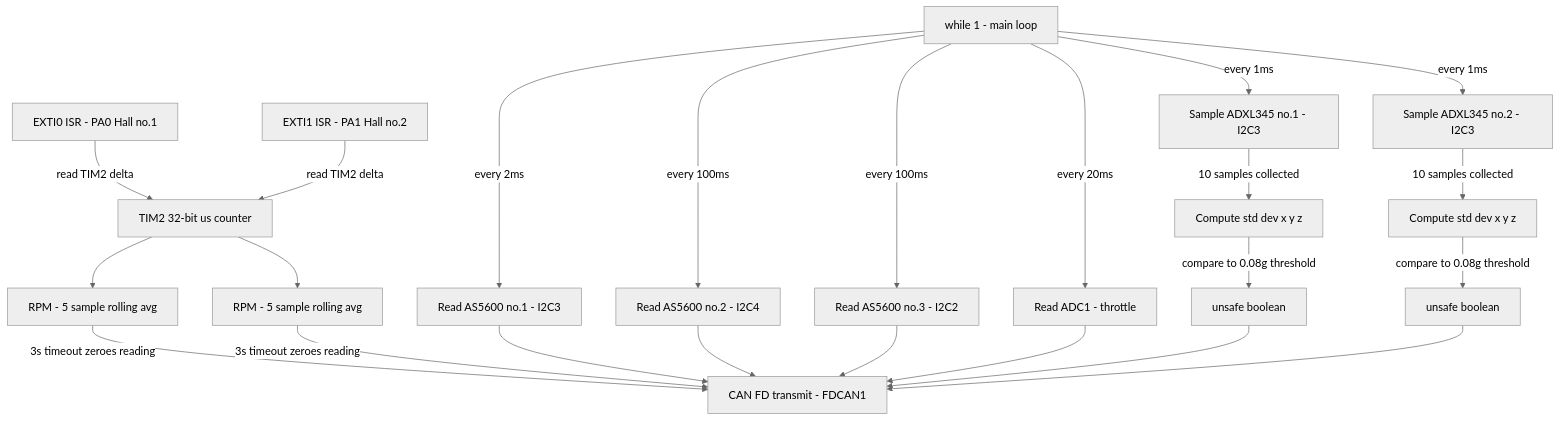
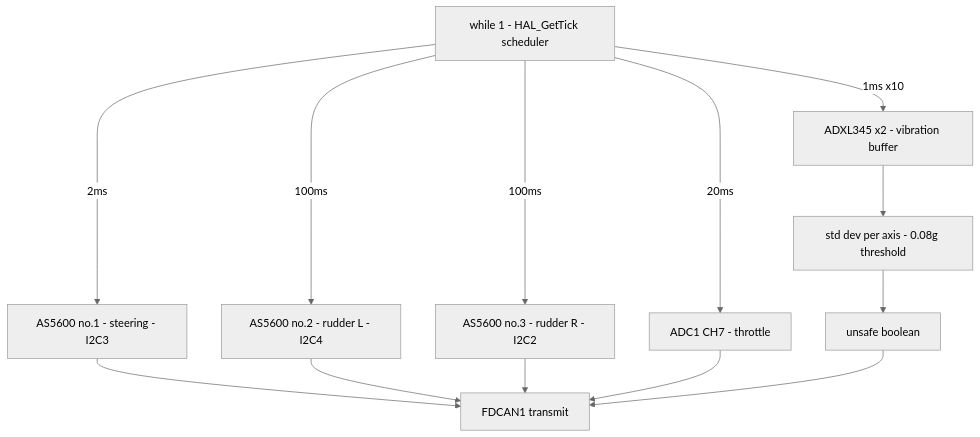
Before and after one commit to Cal-Poly-Pomona-Solar-Boat/CPPSolarBoat2025: the second of 8 diagrams in Node-Red-TestCode/danielCode/README.md, drawn with Mermaid (neutral theme). The commit also changed other lines of this file, not shown here.

````diff
--- a/Node-Red-TestCode/danielCode/README.md
+++ b/Node-Red-TestCode/danielCode/README.md
@@ -70,29 +55,12 @@
 ```mermaid
 graph TD
-    WL[while 1 - main loop]
-
-    WL -->|every 2ms| S1[Read AS5600 no.1 - I2C3]
-    WL -->|every 100ms| S2[Read AS5600 no.2 - I2C4]
-    WL -->|every 100ms| S3[Read AS5600 no.3 - I2C2]
-    WL -->|every 20ms| S4[Read ADC1 - throttle]
-    WL -->|every 1ms| S5[Sample ADXL345 no.1 - I2C3]
-    WL -->|every 1ms| S6[Sample ADXL345 no.2 - I2C3]
-
-    S5 -->|10 samples collected| V1[Compute std dev x y z]
-    S6 -->|10 samples collected| V2[Compute std dev x y z]
-    V1 -->|compare to 0.08g threshold| F1[unsafe boolean]
-    V2 -->|compare to 0.08g threshold| F2[unsafe boolean]
-
-    ISR1[EXTI0 ISR - PA0 Hall no.1]
-    ISR2[EXTI1 ISR - PA1 Hall no.2]
-    TIM2[TIM2 32-bit us counter]
-
-    ISR1 -->|read TIM2 delta| TIM2
-    ISR2 -->|read TIM2 delta| TIM2
-    TIM2 --> R1[RPM - 5 sample rolling avg]
-    TIM2 --> R2[RPM - 5 sample rolling avg]
-    R1 -->|3s timeout zeroes reading| CAN
-    R2 -->|3s timeout zeroes reading| CAN
-
-    S1 & S2 & S3 & S4 & F1 & F2 --> CAN[CAN FD transmit - FDCAN1]
+    WL[while 1 - HAL_GetTick scheduler]
+    WL -->|2ms| AS1[AS5600 no.1 - steering - I2C3]
+    WL -->|100ms| AS2[AS5600 no.2 - rudder L - I2C4]
+    WL -->|100ms| AS3[AS5600 no.3 - rudder R - I2C2]
+    WL -->|20ms| ADC[ADC1 CH7 - throttle]
+    WL -->|1ms x10| ADXL[ADXL345 x2 - vibration buffer]
+    ADXL --> STDDEV[std dev per axis - 0.08g threshold]
+    STDDEV --> BOOL[unsafe boolean]
+    AS1 & AS2 & AS3 & ADC & BOOL --> CANTX[FDCAN1 transmit]
 ```
````
